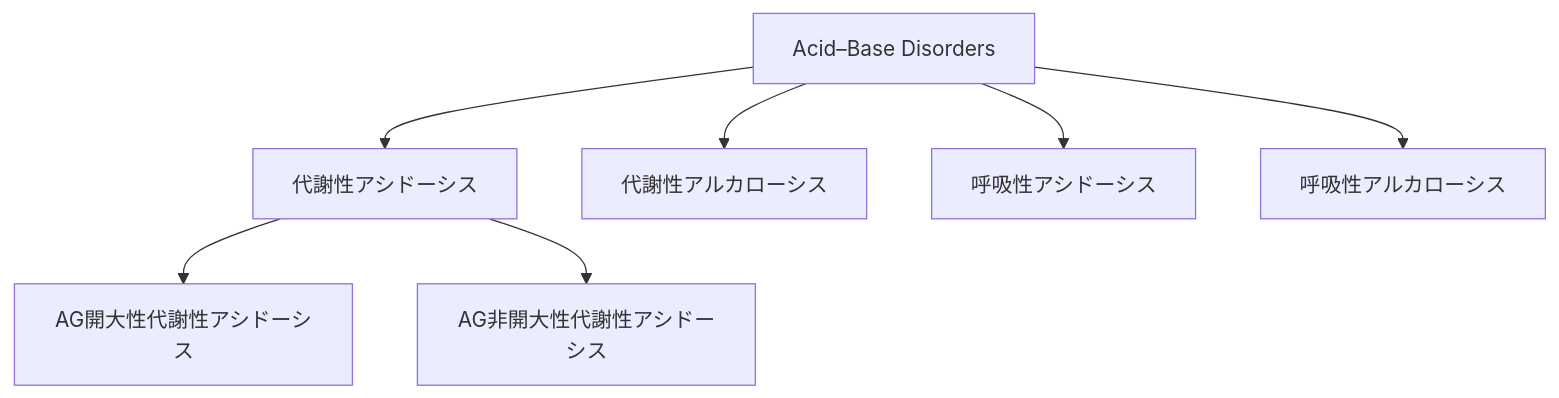
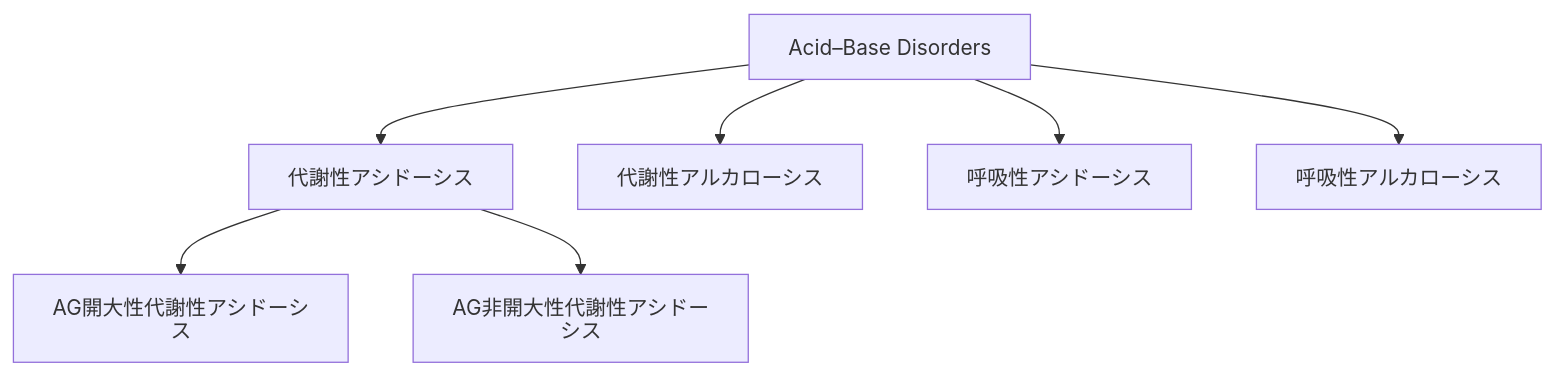
One commit to figarofuga/personal-slides changed the diagram in medicine/blood_gas_analysis_mi/index.qmd. Above: the diagram before and after it, drawn with Mermaid. The commit also changed other lines of this file and 6 other files, not shown here.

````diff
--- a/medicine/blood_gas_analysis_mi/index.qmd
+++ b/medicine/blood_gas_analysis_mi/index.qmd
@@ -126,21 +133,22 @@
 ```{mermaid}
+%%{init: {"htmlLabels": false, "flowchart": {"htmlLabels": false}}}%%
 
 flowchart TD
     ABG["Acid–Base Disorders"]
 
     ABG --> MA["代謝性アシドーシス"]
     ABG --> MK["代謝性アルカローシス"]
     ABG --> RA["呼吸性アシドーシス"]
     ABG --> RK["呼吸性アルカローシス "]
 
     MA --> AGMA["AG開大性代謝性アシドーシス"]
     MA --> NAGMA["AG非開大性代謝性アシドーシス"]
 
 
 
     click AGMA "#/ag-acidosis"
     click NAGMA "#/nag-acidosis"
     click MK "#/metabolic-alkalosis"
     click RA "#/respiratory-acidosis"
     click RK "#/respiratory-alkalosis"
 ```
````
